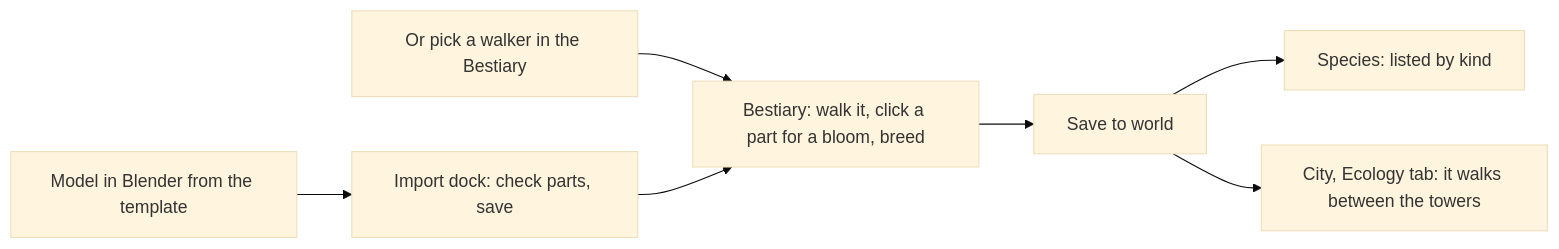
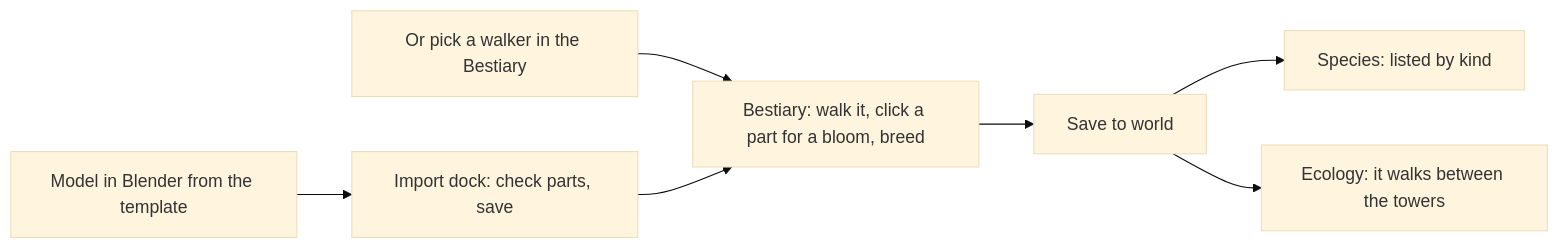
The third of 8 diagrams in docs/forge-system.md (issacting93/interactions_library), drawn with Mermaid (base theme) before and after one commit. The commit also changed other lines of this file and 9 other files, not shown here.

First line of the commit message:
Ecology is the 3D world: the same World Scene as City, with its camera and floor

````diff
--- a/docs/forge-system.md
+++ b/docs/forge-system.md
@@ -226,9 +228,9 @@
 ```mermaid
 flowchart LR
   A[Model in Blender from the template] --> B[Import dock: check parts, save]
   A2[Or pick a walker in the Bestiary] --> C
   B --> C[Bestiary: walk it, click a part for a bloom, breed]
   C --> D[Save to world]
   D --> E[Species: listed by kind]
-  D --> F[City, Ecology tab: it walks between the towers]
+  D --> F[Ecology: it walks between the towers]
 ```
````
